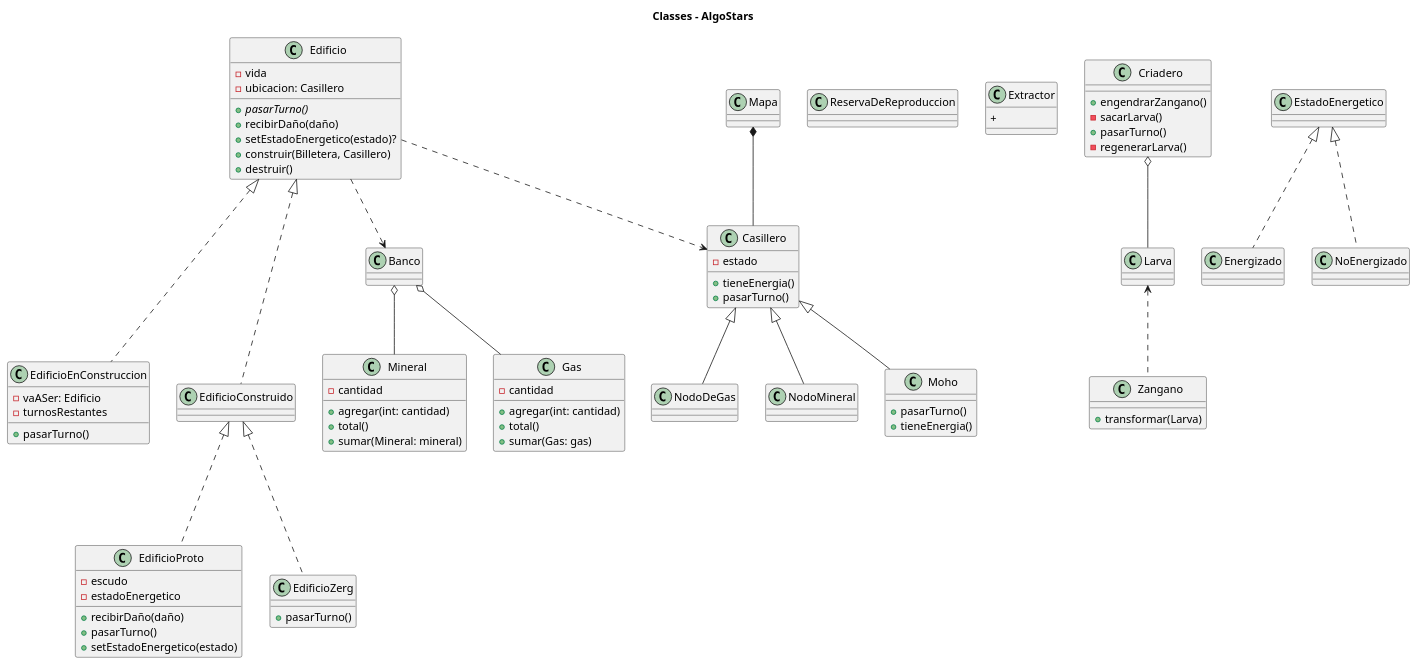
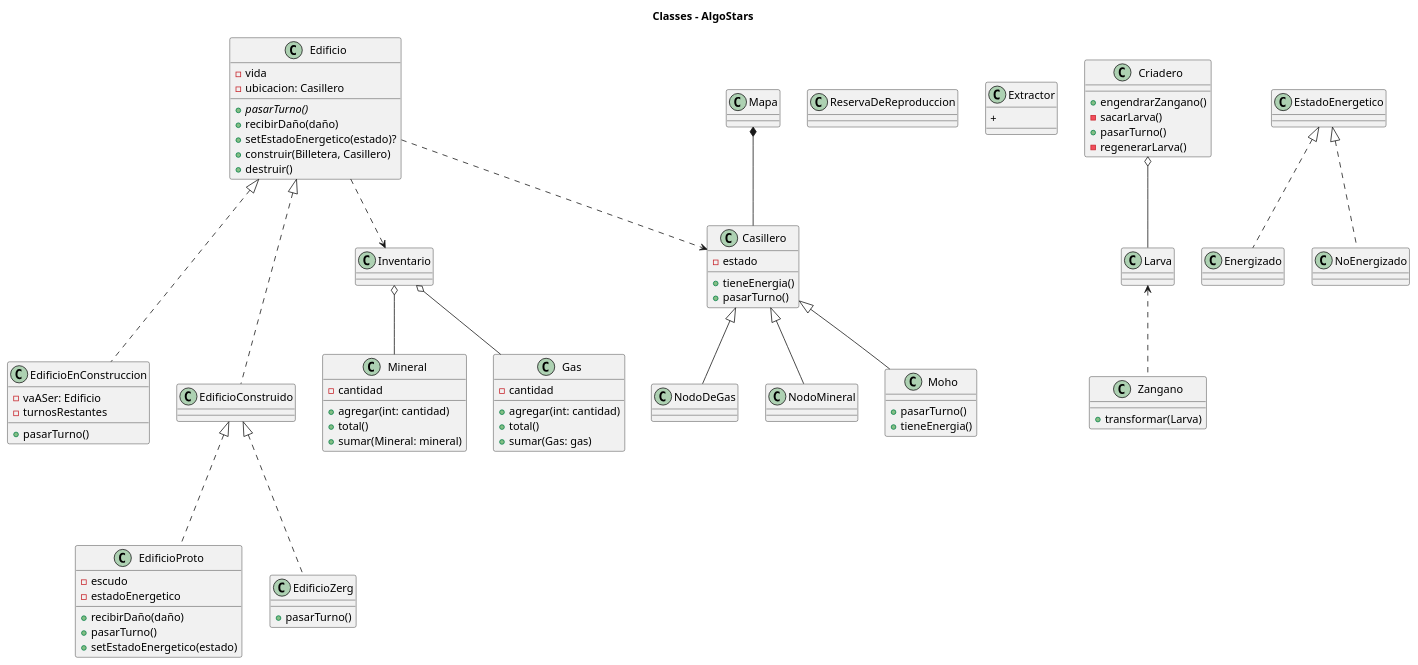
Before and after one commit to m-cabrerar/AlgoStar: the diagram in diagrams/classes/clasesTentativas.plantuml, drawn with PlantUML. The commit also changed 15 other files, not shown here.

Commit message:
Banco pasa a ser Inventario

```diff
--- a/diagrams/classes/clasesTentativas.plantuml
+++ b/diagrams/classes/clasesTentativas.plantuml
@@ -1,104 +1,104 @@
 @startuml
 title Classes - AlgoStars
 
 class Edificio {
     -vida
     -ubicacion: Casillero
     {abstract}+ pasarTurno()
     + recibirDaño(daño)
     + setEstadoEnergetico(estado)?
     + construir(Billetera, Casillero)
     + destruir()
 }
 
 class EdificioConstruido{
 }
 
 class EdificioEnConstruccion {
     - vaASer: Edificio
     - turnosRestantes
     + pasarTurno()
 }
 
 class EdificioProto {
     - escudo
     - estadoEnergetico
     + recibirDaño(daño)
     + pasarTurno()
     '+ estaActivo()'
     + setEstadoEnergetico(estado)
 }
 
 class EdificioZerg {
     + pasarTurno()
 }
 
 class Casillero {
     + tieneEnergia()
     + pasarTurno()
     - estado
 }
 
 class Mineral {
  - cantidad
  + agregar(int: cantidad)
  + total()
  + sumar(Mineral: mineral)
 }
 
 class Gas {
  - cantidad
  + agregar(int: cantidad)
  + total()
  + sumar(Gas: gas)
 }
 
 class Moho {
     + pasarTurno()
     + tieneEnergia()
 }
 
-class Banco {
+class Inventario {
 }
 
 
 class ReservaDeReproduccion {
 }
 class Extractor {
  + 
 }
 class Criadero {
  + engendrarZangano()
  - sacarLarva()
  + pasarTurno()
  - regenerarLarva()
 }
 class Larva {
 }
 class Zangano{
  + transformar(Larva)
 }
 Larva <.. Zangano
 Criadero o-- Larva
 
 Casillero <|-- NodoDeGas
 Casillero <|-- Moho
 Casillero <|-- NodoMineral
 
-Banco o-- Gas
-Banco o-- Mineral
+Inventario o-- Gas
+Inventario o-- Mineral
 
 Mapa *-- Casillero
 
-Edificio ..> Banco
+Edificio ..> Inventario
 Edificio ..> Casillero
 
 
 Edificio <|... EdificioConstruido
 Edificio <|... EdificioEnConstruccion
 EdificioConstruido <|... EdificioZerg
 EdificioConstruido <|... EdificioProto
 
 EstadoEnergetico <|.. Energizado
 EstadoEnergetico <|.. NoEnergizado
 @enduml
```
